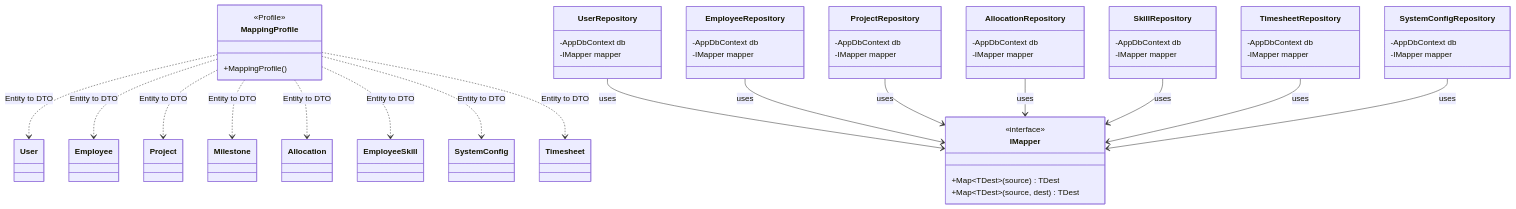
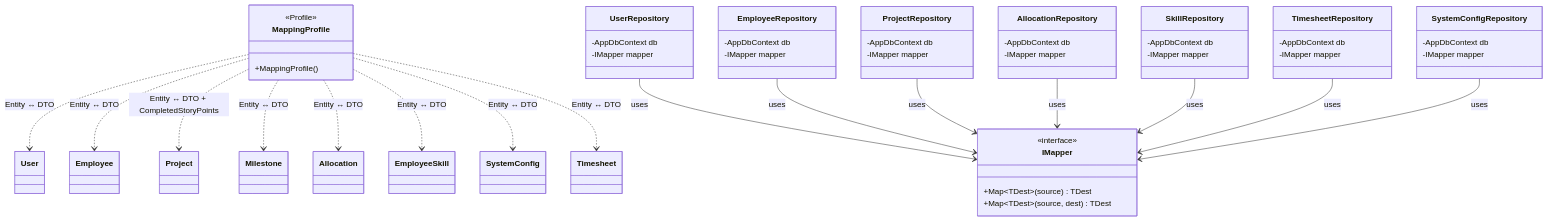
One commit to HariAdk/PRM changed the third of 8 diagrams in docs/Solution/Class_Diagram.md. Above: the diagram before and after it, drawn with Mermaid. The commit also changed other lines of this file and 21 other files, not shown here.

Commit message:
Updated diagrams

````diff
--- a/docs/Solution/Class_Diagram.md
+++ b/docs/Solution/Class_Diagram.md
@@ -248,66 +275,66 @@
 ```mermaid
 classDiagram
 
     class MappingProfile {
         <<Profile>>
         +MappingProfile()
     }
 
     class IMapper {
         <<interface>>
         +Map~TDest~(source) TDest
         +Map~TDest~(source, dest) TDest
     }
 
     class UserRepository {
         -AppDbContext db
         -IMapper mapper
     }
 
     class EmployeeRepository {
         -AppDbContext db
         -IMapper mapper
     }
 
     class ProjectRepository {
         -AppDbContext db
         -IMapper mapper
     }
 
     class AllocationRepository {
         -AppDbContext db
         -IMapper mapper
     }
 
     class SkillRepository {
         -AppDbContext db
         -IMapper mapper
     }
 
     class TimesheetRepository {
         -AppDbContext db
         -IMapper mapper
     }
 
     class SystemConfigRepository {
         -AppDbContext db
         -IMapper mapper
     }
 
-    MappingProfile ..> User : Entity to DTO
-    MappingProfile ..> Employee : Entity to DTO
-    MappingProfile ..> Project : Entity to DTO
-    MappingProfile ..> Milestone : Entity to DTO
-    MappingProfile ..> Allocation : Entity to DTO
-    MappingProfile ..> EmployeeSkill : Entity to DTO
-    MappingProfile ..> SystemConfig : Entity to DTO
-    MappingProfile ..> Timesheet : Entity to DTO
+    MappingProfile ..> User : Entity ↔ DTO
+    MappingProfile ..> Employee : Entity ↔ DTO
+    MappingProfile ..> Project : Entity ↔ DTO + CompletedStoryPoints
+    MappingProfile ..> Milestone : Entity ↔ DTO
+    MappingProfile ..> Allocation : Entity ↔ DTO
+    MappingProfile ..> EmployeeSkill : Entity ↔ DTO
+    MappingProfile ..> SystemConfig : Entity ↔ DTO
+    MappingProfile ..> Timesheet : Entity ↔ DTO
 
     UserRepository --> IMapper : uses
     EmployeeRepository --> IMapper : uses
     ProjectRepository --> IMapper : uses
     AllocationRepository --> IMapper : uses
     SkillRepository --> IMapper : uses
     TimesheetRepository --> IMapper : uses
     SystemConfigRepository --> IMapper : uses
 ```
````
